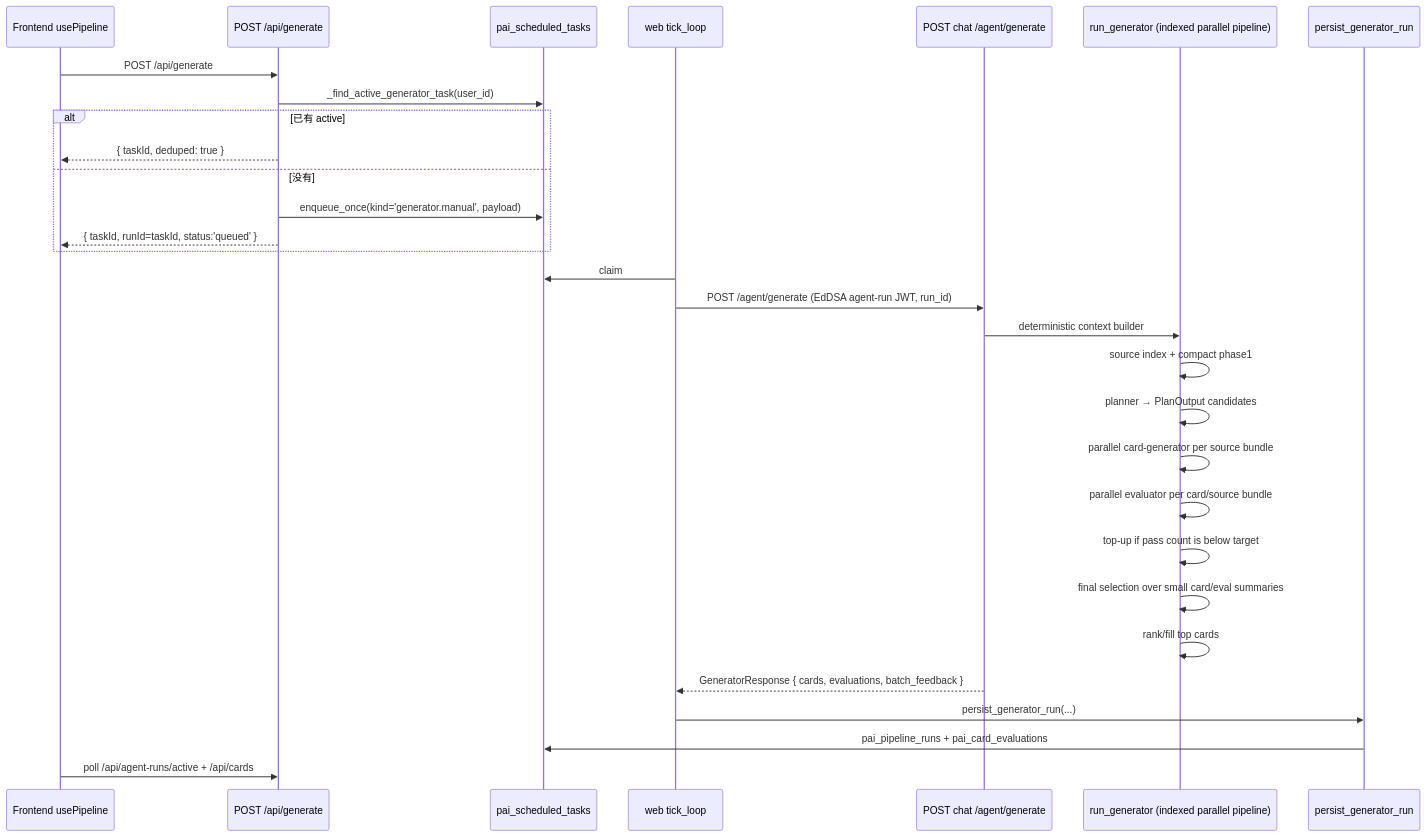
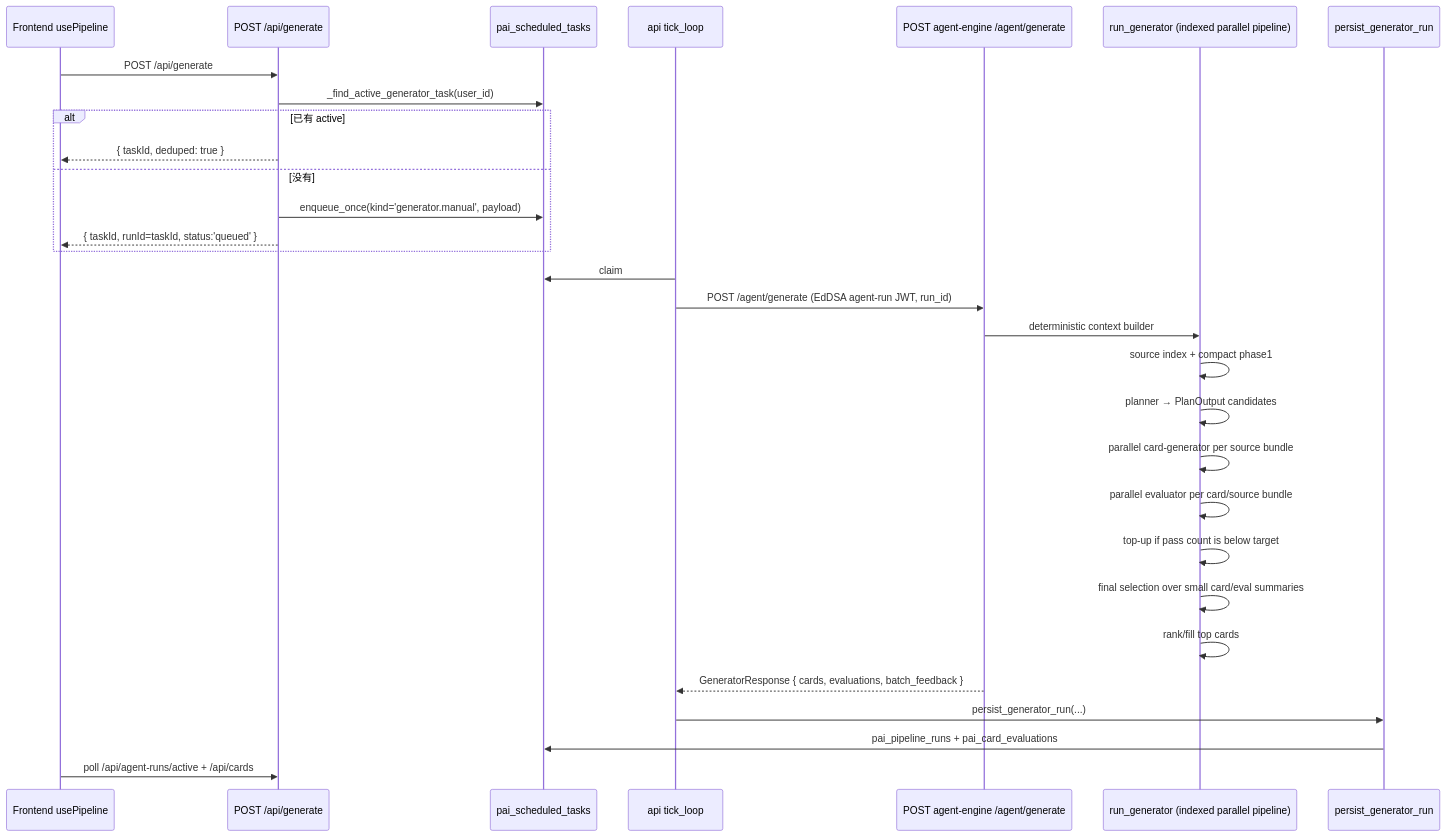
One commit to Edge-AI-HQ/proactive-assistant changed the second of 2 diagrams in docs/modules/generation.mdx. Above: the diagram before and after it, drawn with Mermaid. The commit also changed other lines of this file and 69 other files, not shown here.

````diff
--- a/docs/modules/generation.mdx
+++ b/docs/modules/generation.mdx
@@ -52,33 +52,33 @@
 ```mermaid
 sequenceDiagram
   participant FE as Frontend usePipeline
   participant Web as POST /api/generate
   participant DB as pai_scheduled_tasks
-  participant Sched as web tick_loop
-  participant Chat as POST chat /agent/generate
+  participant Sched as api tick_loop
+  participant Chat as POST agent-engine /agent/generate
   participant Agent as run_generator (indexed parallel pipeline)
   participant Save as persist_generator_run
 
   FE->>Web: POST /api/generate
   Web->>DB: _find_active_generator_task(user_id)
   alt 已有 active
     Web-->>FE: { taskId, deduped: true }
   else 没有
     Web->>DB: enqueue_once(kind='generator.manual', payload)
     Web-->>FE: { taskId, runId=taskId, status:'queued' }
   end
   Sched->>DB: claim
   Sched->>Chat: POST /agent/generate (EdDSA agent-run JWT, run_id)
   Chat->>Agent: deterministic context builder
   Agent->>Agent: source index + compact phase1
   Agent->>Agent: planner → PlanOutput candidates
   Agent->>Agent: parallel card-generator per source bundle
   Agent->>Agent: parallel evaluator per card/source bundle
   Agent->>Agent: top-up if pass count is below target
   Agent->>Agent: final selection over small card/eval summaries
   Agent->>Agent: rank/fill top cards
   Chat-->>Sched: GeneratorResponse { cards, evaluations, batch_feedback }
   Sched->>Save: persist_generator_run(...)
   Save->>DB: pai_pipeline_runs + pai_card_evaluations
   FE->>Web: poll /api/agent-runs/active + /api/cards
 ```
````
